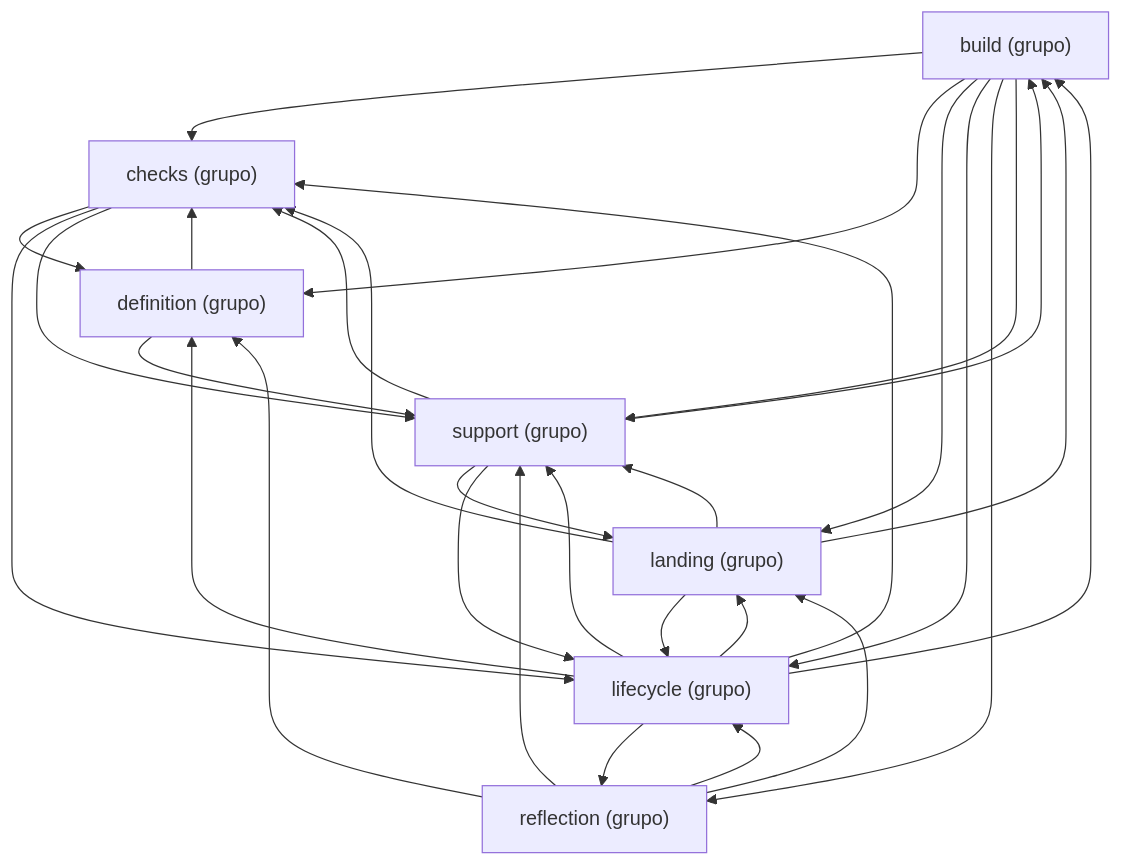
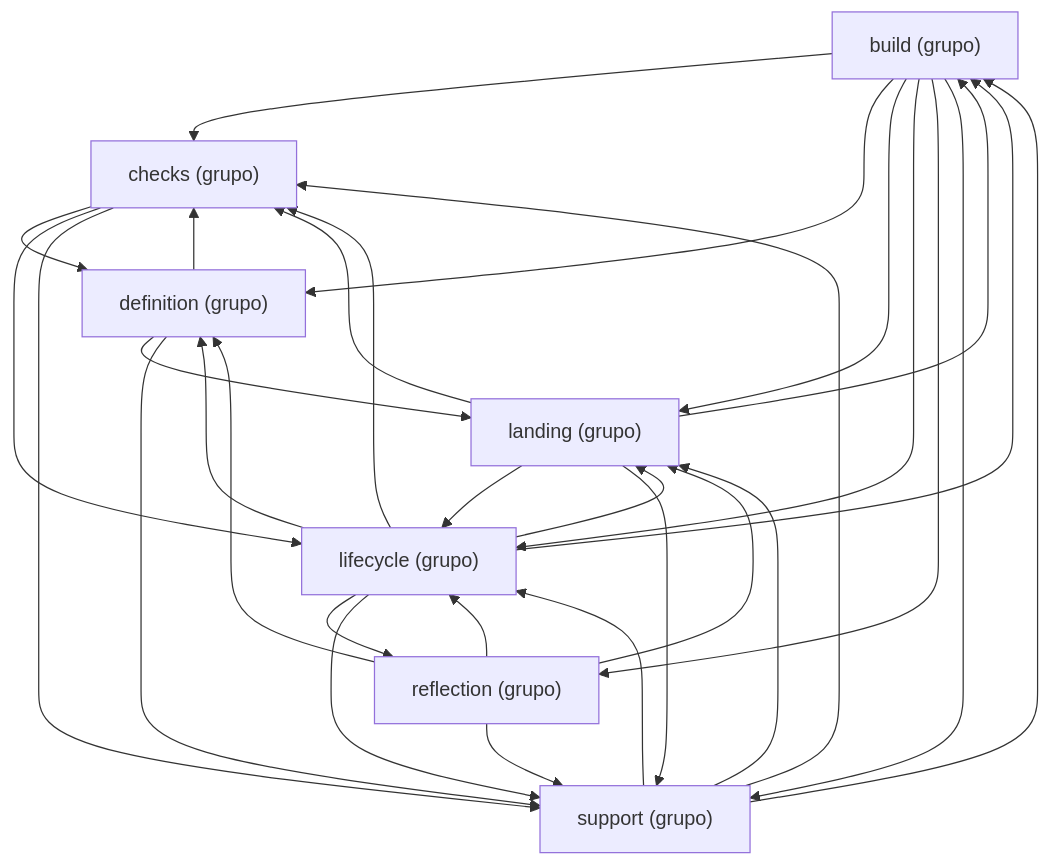
The diagram in docs/architecture/generated/packages-process-application.md (GonzaloZevallos/agentic-system), drawn with Mermaid before and after one commit. The commit also changed 5 other files, not shown here.

Commit message:
Place early_size in the docs groups and regenerate the architecture docs

````diff
--- a/docs/architecture/generated/packages-process-application.md
+++ b/docs/architecture/generated/packages-process-application.md
@@ -27,39 +27,40 @@
 ```mermaid
 graph TD
     g_application__build["build (grupo)"]
     g_application__checks["checks (grupo)"]
     g_application__definition["definition (grupo)"]
     g_application__landing["landing (grupo)"]
     g_application__lifecycle["lifecycle (grupo)"]
     g_application__reflection["reflection (grupo)"]
     g_application__support["support (grupo)"]
     g_application__build --> g_application__checks
     g_application__build --> g_application__definition
     g_application__build --> g_application__landing
     g_application__build --> g_application__lifecycle
     g_application__build --> g_application__reflection
     g_application__build --> g_application__support
     g_application__checks --> g_application__definition
     g_application__checks --> g_application__lifecycle
     g_application__checks --> g_application__support
     g_application__definition --> g_application__checks
+    g_application__definition --> g_application__landing
     g_application__definition --> g_application__support
     g_application__landing --> g_application__build
     g_application__landing --> g_application__checks
     g_application__landing --> g_application__lifecycle
     g_application__landing --> g_application__support
     g_application__lifecycle --> g_application__build
     g_application__lifecycle --> g_application__checks
     g_application__lifecycle --> g_application__definition
     g_application__lifecycle --> g_application__landing
     g_application__lifecycle --> g_application__reflection
     g_application__lifecycle --> g_application__support
     g_application__reflection --> g_application__definition
     g_application__reflection --> g_application__landing
     g_application__reflection --> g_application__lifecycle
     g_application__reflection --> g_application__support
     g_application__support --> g_application__build
     g_application__support --> g_application__checks
     g_application__support --> g_application__landing
     g_application__support --> g_application__lifecycle
 ```
````
